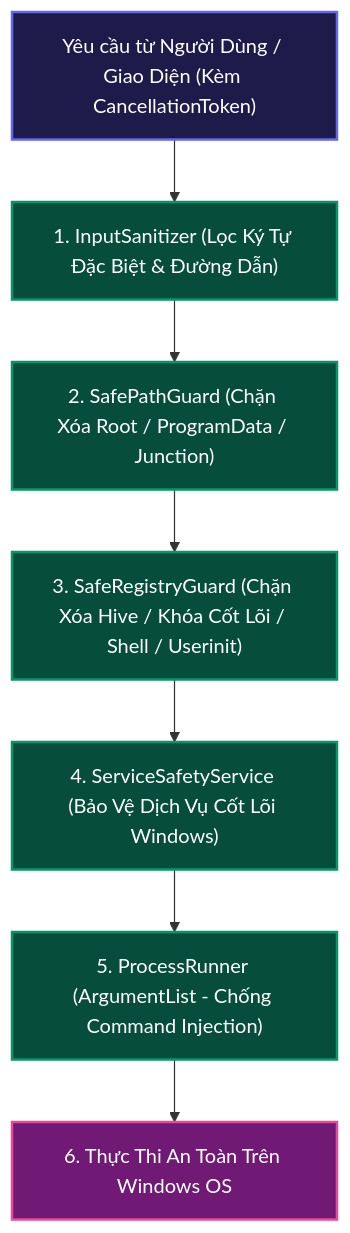
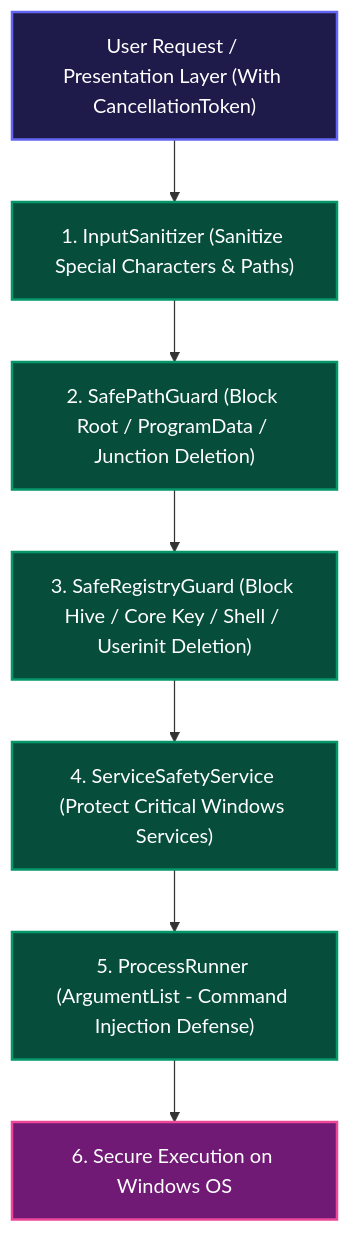
The diagram in docs/05_SECURITY_AND_SAFETY_ARCHITECTURE.md (Nguyen-Trung-Tien/WinCarePro), drawn with Mermaid before and after one commit. The commit also changed other lines of this file and 39 other files, not shown here.

Commit message:
docs: add comprehensive system documentation, architecture guides, developer onboarding, and AI agent rule/skill sets

````diff
--- a/docs/05_SECURITY_AND_SAFETY_ARCHITECTURE.md
+++ b/docs/05_SECURITY_AND_SAFETY_ARCHITECTURE.md
@@ -11,22 +11,22 @@
 ```mermaid
 graph TD
     classDef safe fill:#064e3b,stroke:#059669,stroke-width:2px,color:#fff;
     classDef input fill:#1e1b4b,stroke:#6366f1,stroke-width:2px,color:#fff;
     classDef core fill:#451a03,stroke:#d97706,stroke-width:2px,color:#fff;
     classDef os fill:#701a75,stroke:#ec4899,stroke-width:2px,color:#fff;
 
-    Input["Yêu cầu từ Người Dùng / Giao Diện (Kèm CancellationToken)"]:::input
-    Sanitizer["1. InputSanitizer (Lọc Ký Tự Đặc Biệt & Đường Dẫn)"]:::safe
-    SafeGuard["2. SafePathGuard (Chặn Xóa Root / ProgramData / Junction)"]:::safe
-    SafeReg["3. SafeRegistryGuard (Chặn Xóa Hive / Khóa Cốt Lõi / Shell / Userinit)"]:::safe
-    SvcSafety["4. ServiceSafetyService (Bảo Vệ Dịch Vụ Cốt Lõi Windows)"]:::safe
-    Runner["5. ProcessRunner (ArgumentList - Chống Command Injection)"]:::safe
-    OS["6. Thực Thi An Toàn Trên Windows OS"]:::os
+    Input["User Request / Presentation Layer (With CancellationToken)"]:::input
+    Sanitizer["1. InputSanitizer (Sanitize Special Characters & Paths)"]:::safe
+    SafeGuard["2. SafePathGuard (Block Root / ProgramData / Junction Deletion)"]:::safe
+    SafeReg["3. SafeRegistryGuard (Block Hive / Core Key / Shell / Userinit Deletion)"]:::safe
+    SvcSafety["4. ServiceSafetyService (Protect Critical Windows Services)"]:::safe
+    Runner["5. ProcessRunner (ArgumentList - Command Injection Defense)"]:::safe
+    OS["6. Secure Execution on Windows OS"]:::os
 
     Input --> Sanitizer
     Sanitizer --> SafeGuard
     SafeGuard --> SafeReg
     SafeReg --> SvcSafety
     SvcSafety --> Runner
     Runner --> OS
 ```
````
